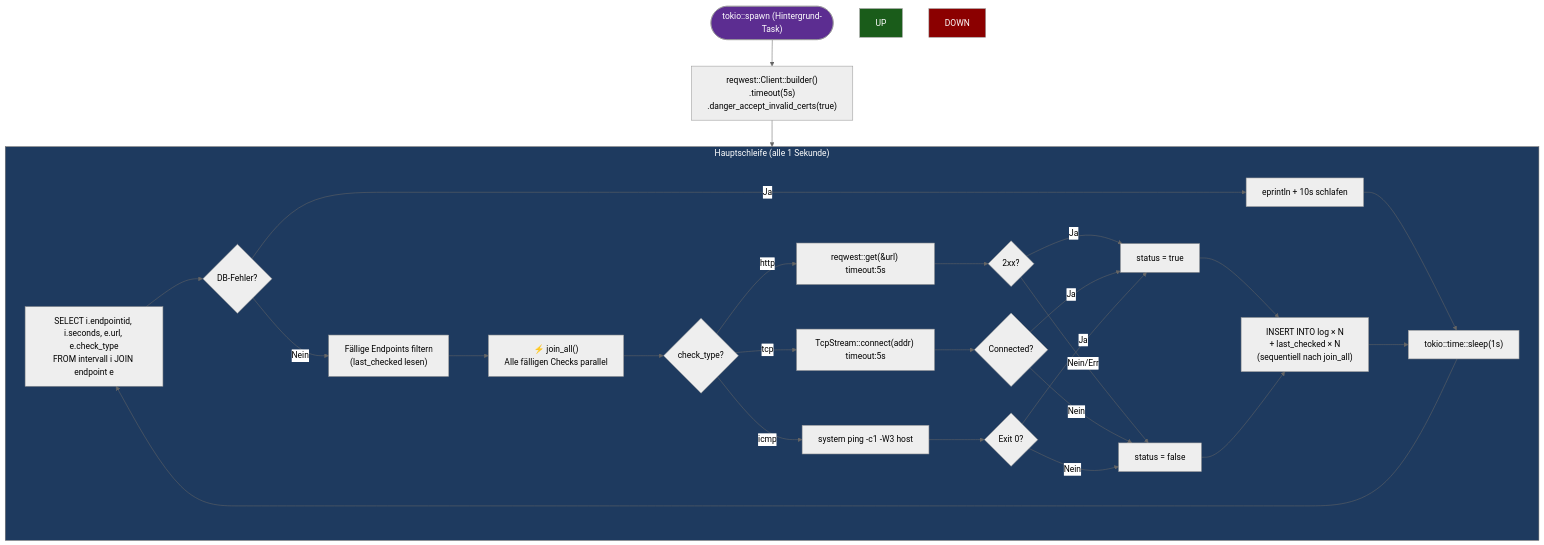
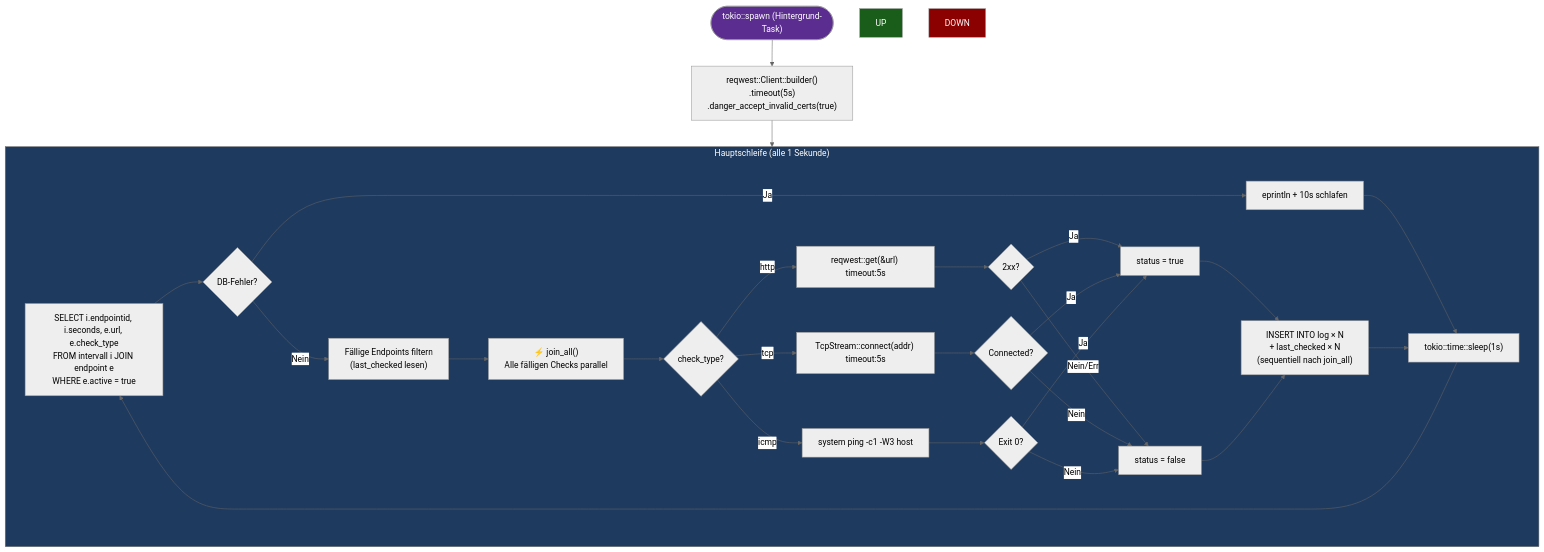
The sixth of 10 diagrams in explain-canvas.md (DevDaio/ACM_API-Connection-Monitor), drawn with Mermaid (neutral theme) before and after one commit. The commit also changed other lines of this file, not shown here.

Commit message:
docs: update monitoring loop query + killswitch details in explain-canvas

````diff
--- a/explain-canvas.md
+++ b/explain-canvas.md
@@ -281,40 +281,40 @@
 ```mermaid
 flowchart TD
     START(["tokio::spawn (Hintergrund-Task)"]) --> BUILD["reqwest::Client::builder()<br/>.timeout(5s)<br/>.danger_accept_invalid_certs(true)"]
     BUILD --> SCHLEIFE
 
     subgraph SCHLEIFE ["Hauptschleife (alle 1 Sekunde)"]
-        ABFR["SELECT i.endpointid, i.seconds, e.url, e.check_type<br/>FROM intervall i JOIN endpoint e"]
+        ABFR["SELECT i.endpointid, i.seconds, e.url, e.check_type<br/>FROM intervall i JOIN endpoint e<br/>WHERE e.active = true"]
         ABFR --> FEHLER{"DB-Fehler?"}
         FEHLER -->|"Ja"| FEHLER_LOG["eprintln + 10s schlafen"]
         FEHLER_LOG --> SCHLAF
 
         FEHLER -->|"Nein"| FILTER["Fällige Endpoints filtern<br/>(last_checked lesen)"]
         FILTER --> JOIN_ALL["⚡ join_all()<br/>Alle fälligen Checks parallel"]
 
         JOIN_ALL --> CHECK_TYPE{"check_type?"}
         CHECK_TYPE -->|"http"| HTTP_GET["reqwest::get(&url) timeout:5s"]
         CHECK_TYPE -->|"tcp"| TCP["TcpStream::connect(addr) timeout:5s"]
         CHECK_TYPE -->|"icmp"| ICMP["system ping -c1 -W3 host"]
         HTTP_GET --> HTTP_OK{"2xx?"}
         HTTP_OK -->|"Ja"| STATUS_UP["status = true"]
         HTTP_OK -->|"Nein/Err"| STATUS_DOWN["status = false"]
         TCP --> TCP_OK{"Connected?"}
         TCP_OK -->|"Ja"| STATUS_UP
         TCP_OK -->|"Nein"| STATUS_DOWN
         ICMP --> ICMP_OK{"Exit 0?"}
         ICMP_OK -->|"Ja"| STATUS_UP
         ICMP_OK -->|"Nein"| STATUS_DOWN
 
         STATUS_UP --> LOGGEN["INSERT INTO log × N<br/>+ last_checked × N<br/>(sequentiell nach join_all)"]
         STATUS_DOWN --> LOGGEN
         LOGGEN --> SCHLAF["tokio::time::sleep(1s)"]
     end
 
     SCHLAF --> ABFR
 
     style START fill:#5c2d91,color:#fff
     style SCHLEIFE fill:#1e3a5f,color:#fff
     style UP fill:#1a5c1a,color:#fff
     style DOWN fill:#8b0000,color:#fff
 ```
````
